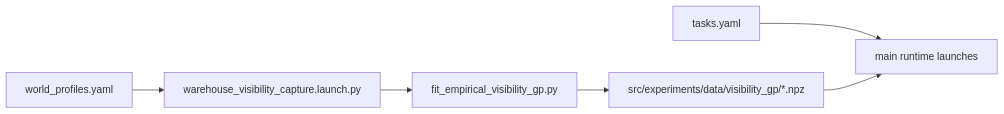
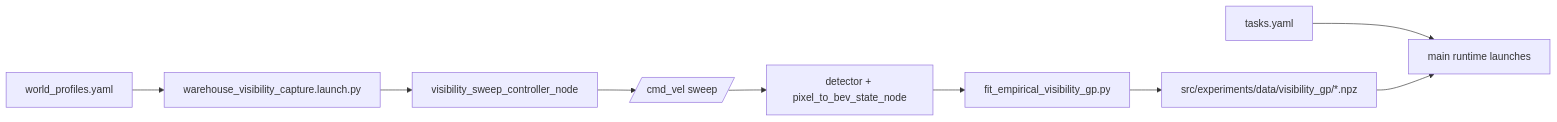
Before and after one commit to JoostLeliveld/UnembodiedNavigation: the first of 2 diagrams in docs/runtime_dataflow.md, drawn with Mermaid. The commit also changed other lines of this file and 29 other files, not shown here.

````diff
--- a/docs/runtime_dataflow.md
+++ b/docs/runtime_dataflow.md
@@ -7,8 +17,11 @@
 ```mermaid
 flowchart LR
     A[world_profiles.yaml] --> B[warehouse_visibility_capture.launch.py]
-    C[tasks.yaml] --> E[main runtime launches]
-    B --> D[fit_empirical_visibility_gp.py]
-    D --> F[src/experiments/data/visibility_gp/*.npz]
-    F --> E
+    B --> C[visibility_sweep_controller_node]
+    C --> D[/cmd_vel sweep/]
+    D --> E[detector + pixel_to_bev_state_node]
+    E --> F[fit_empirical_visibility_gp.py]
+    F --> G[src/experiments/data/visibility_gp/*.npz]
+    H[tasks.yaml] --> I[main runtime launches]
+    G --> I
 ```
````
